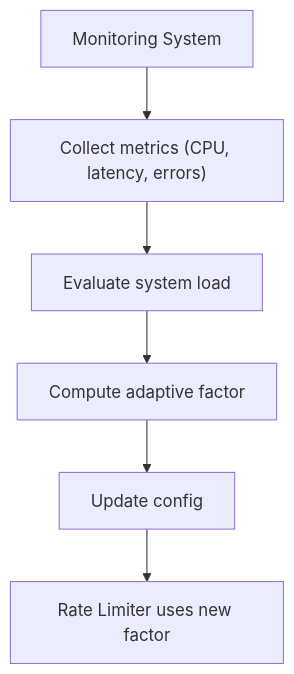
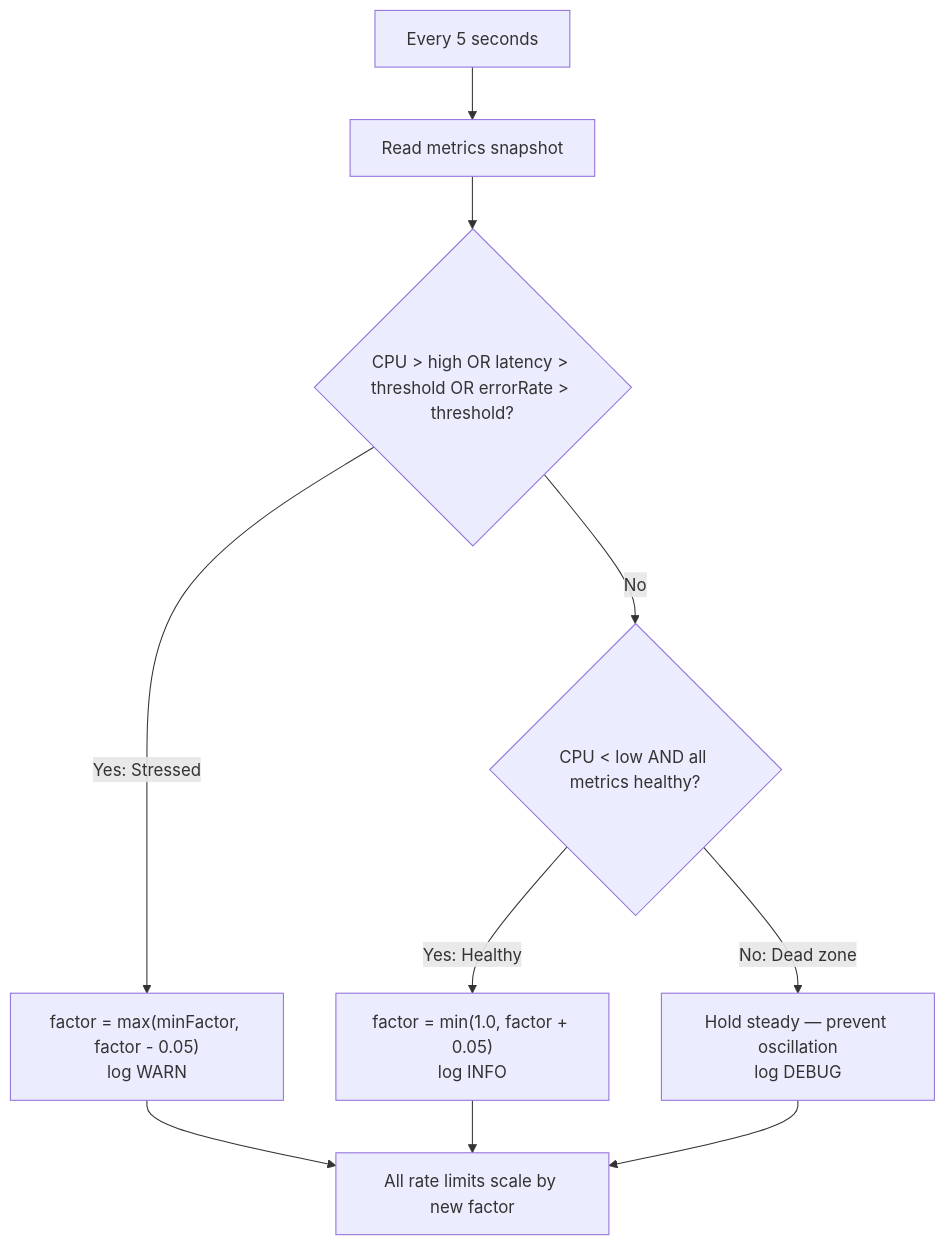
Before and after one commit to shivaiitp/Adaptive-Rate-Limiter: the fourth of 4 diagrams in README.md, drawn with Mermaid. The commit also changed other lines of this file and 2 other files, not shown here.

````diff
--- a/README.md
+++ b/README.md
@@ -249,8 +296,12 @@
 ```mermaid
 flowchart TD
-    A["Monitoring System"] --> B["Collect metrics (CPU, latency, errors)"]
-    B --> C["Evaluate system load"]
-    C --> D["Compute adaptive factor"]
-    D --> E["Update config"]
-    E --> F["Rate Limiter uses new factor"]
+    A["Every 5 seconds"] --> B["Read metrics snapshot"]
+    B --> C{"CPU > high OR latency > threshold OR errorRate > threshold?"}
+    C -->|Yes: Stressed| D["factor = max(minFactor, factor - 0.05)\nlog WARN"]
+    C -->|No| E{"CPU < low AND all metrics healthy?"}
+    E -->|Yes: Healthy| F["factor = min(1.0, factor + 0.05)\nlog INFO"]
+    E -->|No: Dead zone| G["Hold steady — prevent oscillation\nlog DEBUG"]
+    D --> H["All rate limits scale by new factor"]
+    F --> H
+    G --> H
 ```
````
